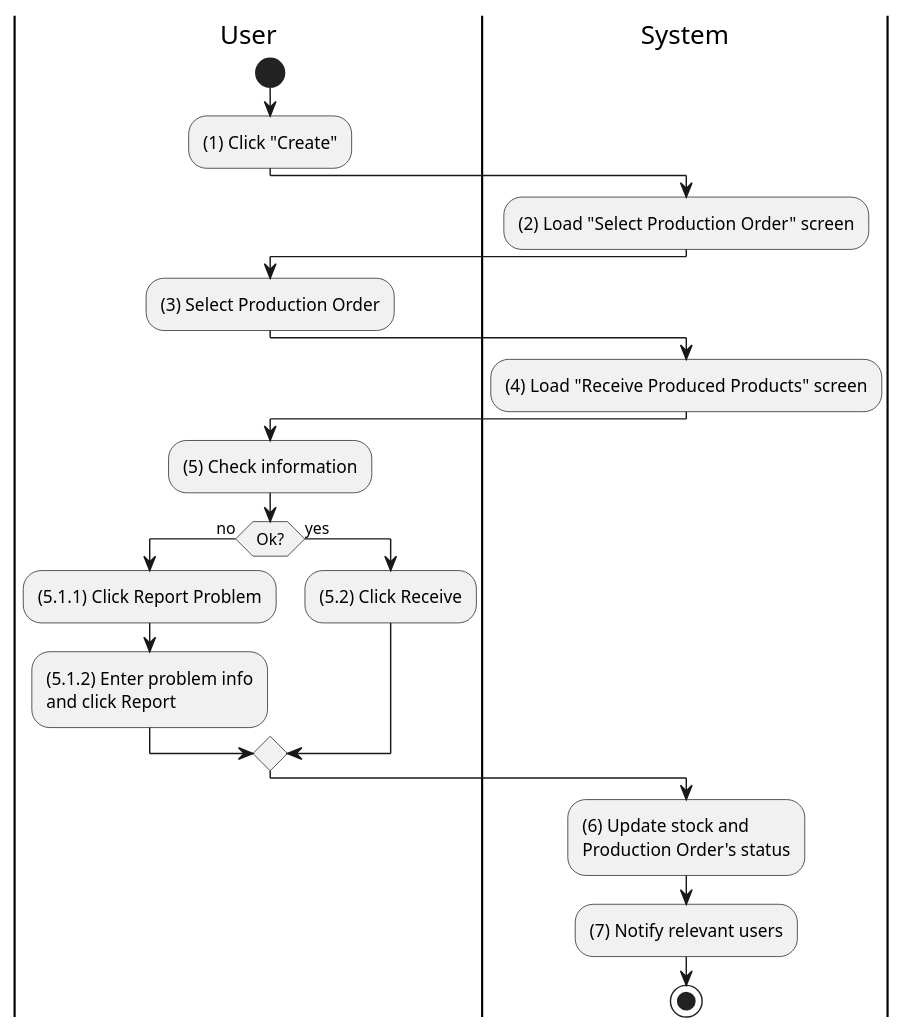
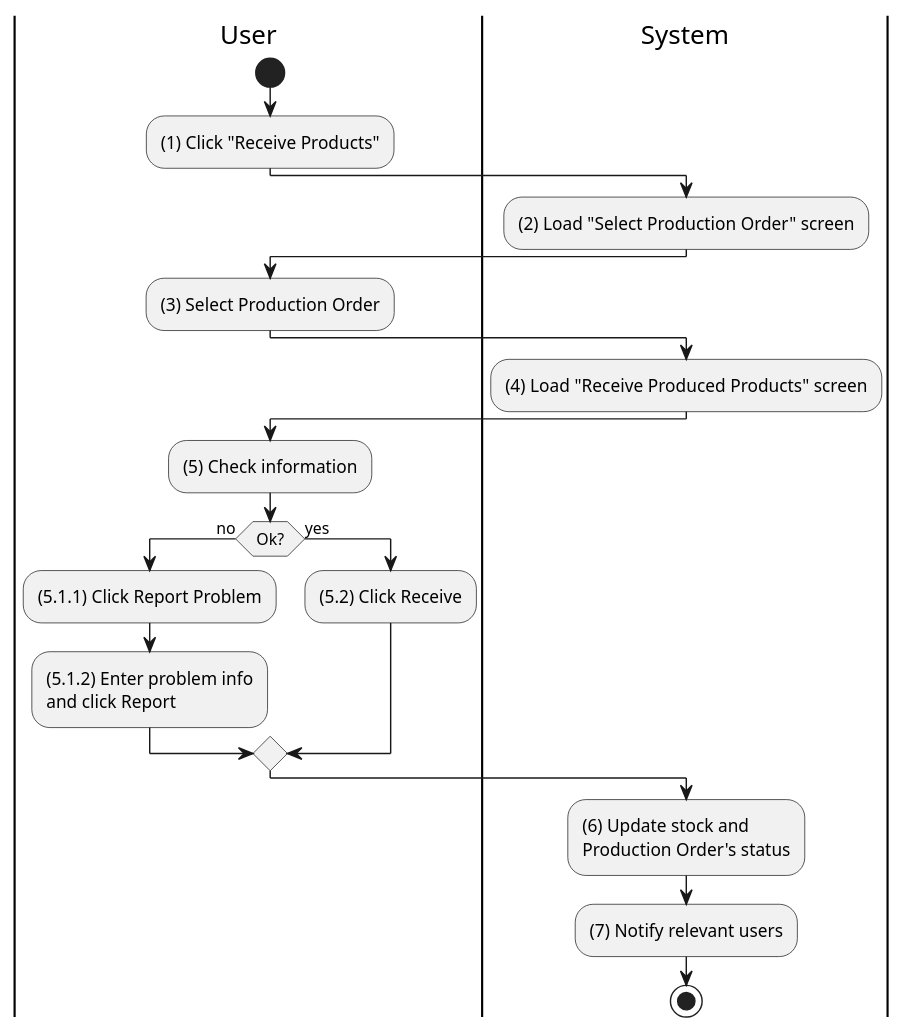
Before and after one commit to phihungha/scmss-reqs: the diagram in activities/inventory-product-receive.plantuml, drawn with PlantUML. The commit also changed 17 other files, not shown here.

Commit message:
Improve inventory sequences

```diff
--- a/activities/inventory-product-receive.plantuml
+++ b/activities/inventory-product-receive.plantuml
@@ -1,34 +1,34 @@
 @startuml inventory-product-receive
 |u|User
 |s|System
 
 |u|
 start
-:(1) Click "Create";
+:(1) Click "Receive Products";
 
 |s|
 :(2) Load "Select Production Order" screen;
 
 |u|
 :(3) Select Production Order;
 
 |s|
 :(4) Load "Receive Produced Products" screen;
 
 |u|
 :(5) Check information;
 
 if (Ok?) then (no)
     |u|
     :(5.1.1) Click Report Problem;
     :(5.1.2) Enter problem info\nand click Report;
 else (yes)
     |u|
     :(5.2) Click Receive;
 endif
 
 |s|
 :(6) Update stock and\nProduction Order's status;
 :(7) Notify relevant users;
 stop
 @enduml
```
